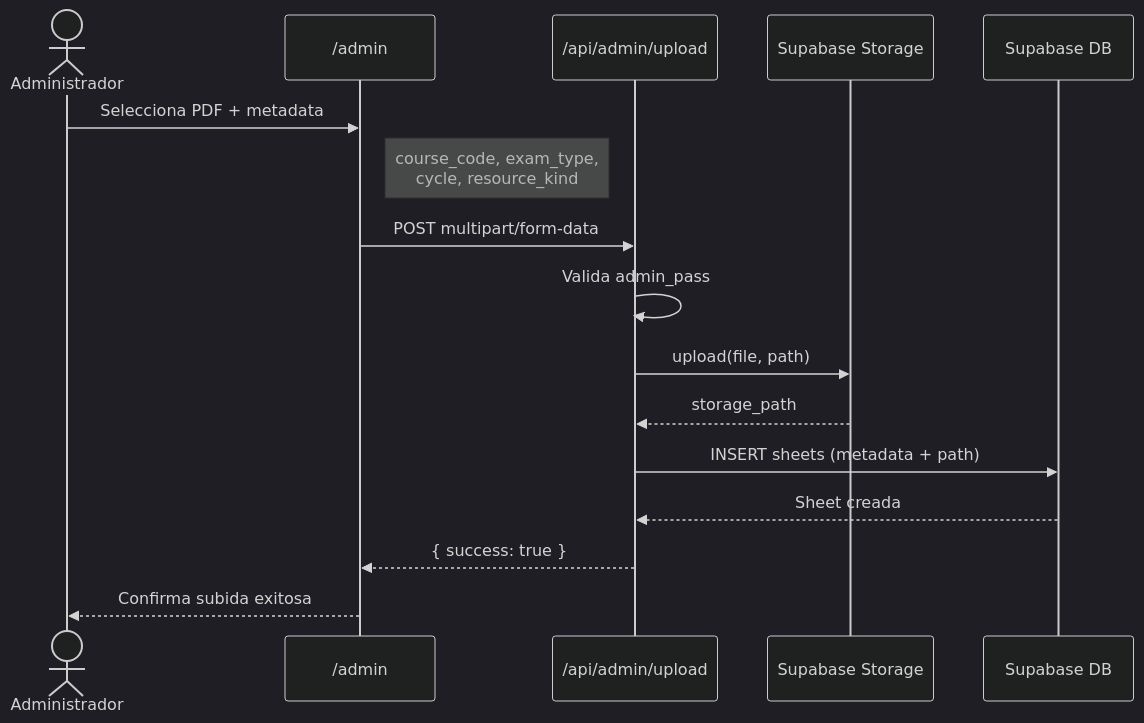
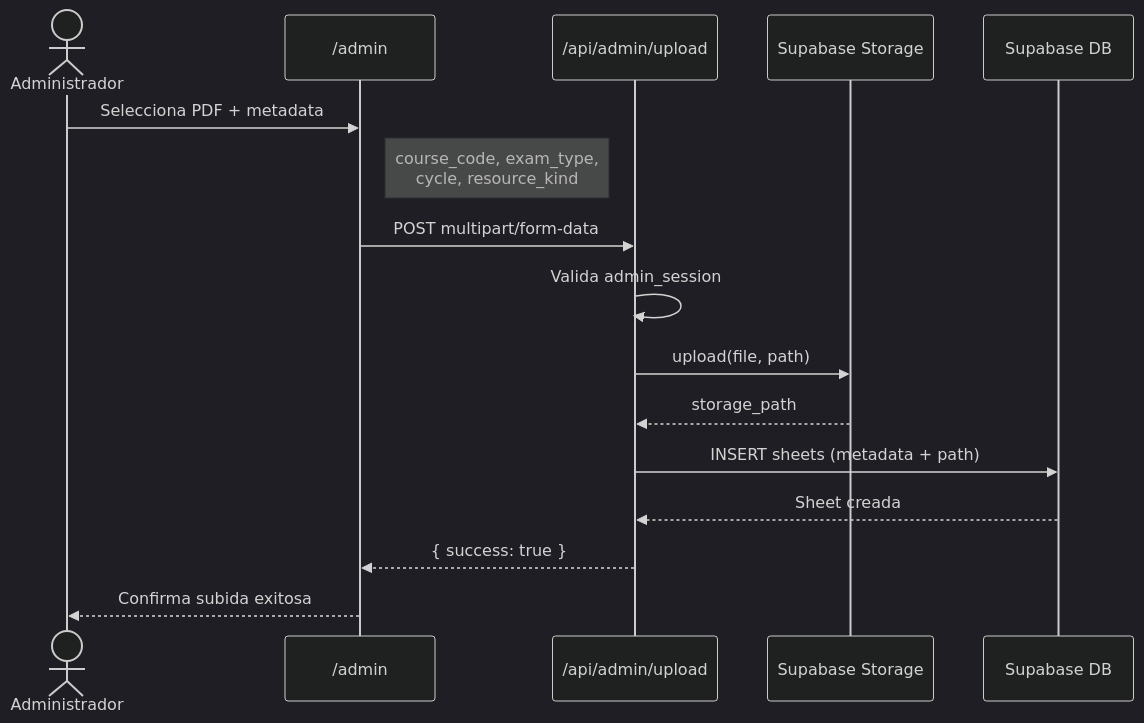
One commit to ccUnicode/TrikaWeb changed the seventh of 13 diagrams in docs/flujos.md. Above: the diagram before and after it, drawn with Mermaid (dark theme). The commit also changed 5 other files, not shown here.

Commit message:
docs(auth): align ADR-002 and remove obsolete ADMIN_PASS variable

````diff
--- a/docs/flujos.md
+++ b/docs/flujos.md
@@ -220,19 +220,19 @@
 ```mermaid
 sequenceDiagram
     actor Admin as Administrador
     participant UI as /admin
     participant API as /api/admin/upload
     participant Storage as Supabase Storage
     participant DB as Supabase DB
     
     Admin->>UI: Selecciona PDF + metadata
     Note right of UI: course_code, exam_type,<br/>cycle, resource_kind
     UI->>API: POST multipart/form-data
-    API->>API: Valida admin_pass
+    API->>API: Valida admin_session
     API->>Storage: upload(file, path)
     Storage-->>API: storage_path
     API->>DB: INSERT sheets (metadata + path)
     DB-->>API: Sheet creada
     API-->>UI: { success: true }
     UI-->>Admin: Confirma subida exitosa
 ```
````
